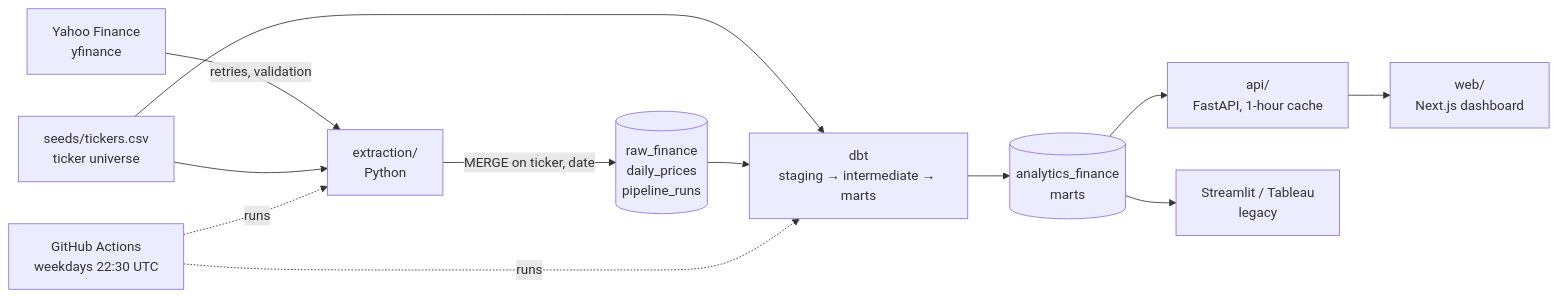
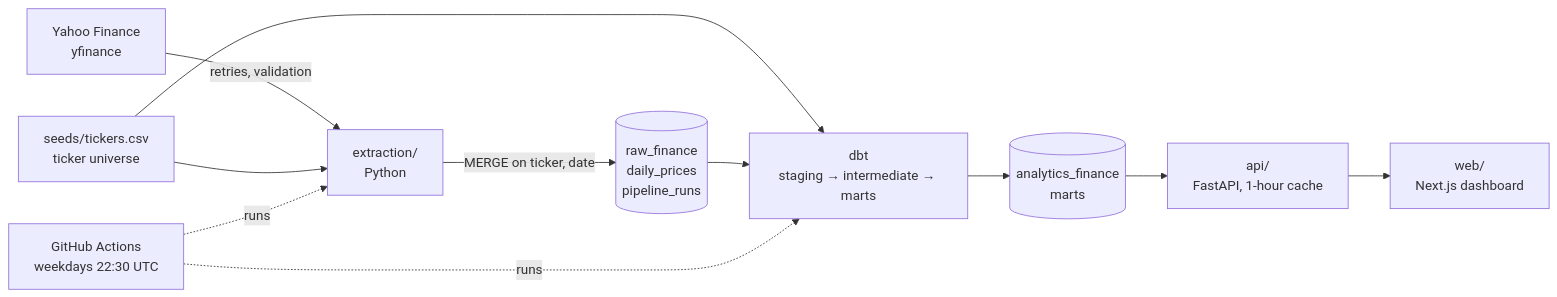
Before and after one commit to antuelquirino/Financial-Market-Analysis: the diagram in README.md, drawn with Mermaid. The commit also changed other lines of this file and 14 other files, not shown here.

````diff
--- a/README.md
+++ b/README.md
@@ -57,14 +52,13 @@
 ```mermaid
 flowchart LR
     Y[Yahoo Finance<br/>yfinance] -->|retries, validation| E[extraction/<br/>Python]
     E -->|MERGE on ticker, date| R[(raw_finance<br/>daily_prices<br/>pipeline_runs)]
     S[seeds/tickers.csv<br/>ticker universe] --> E
     S --> D
     R --> D[dbt<br/>staging → intermediate → marts]
     D --> M[(analytics_finance<br/>marts)]
     M --> A[api/<br/>FastAPI, 1-hour cache]
     A --> W[web/<br/>Next.js dashboard]
-    M --> ST[Streamlit / Tableau<br/>legacy]
     GA[GitHub Actions<br/>weekdays 22:30 UTC] -. runs .-> E
     GA -. runs .-> D
 ```
````
